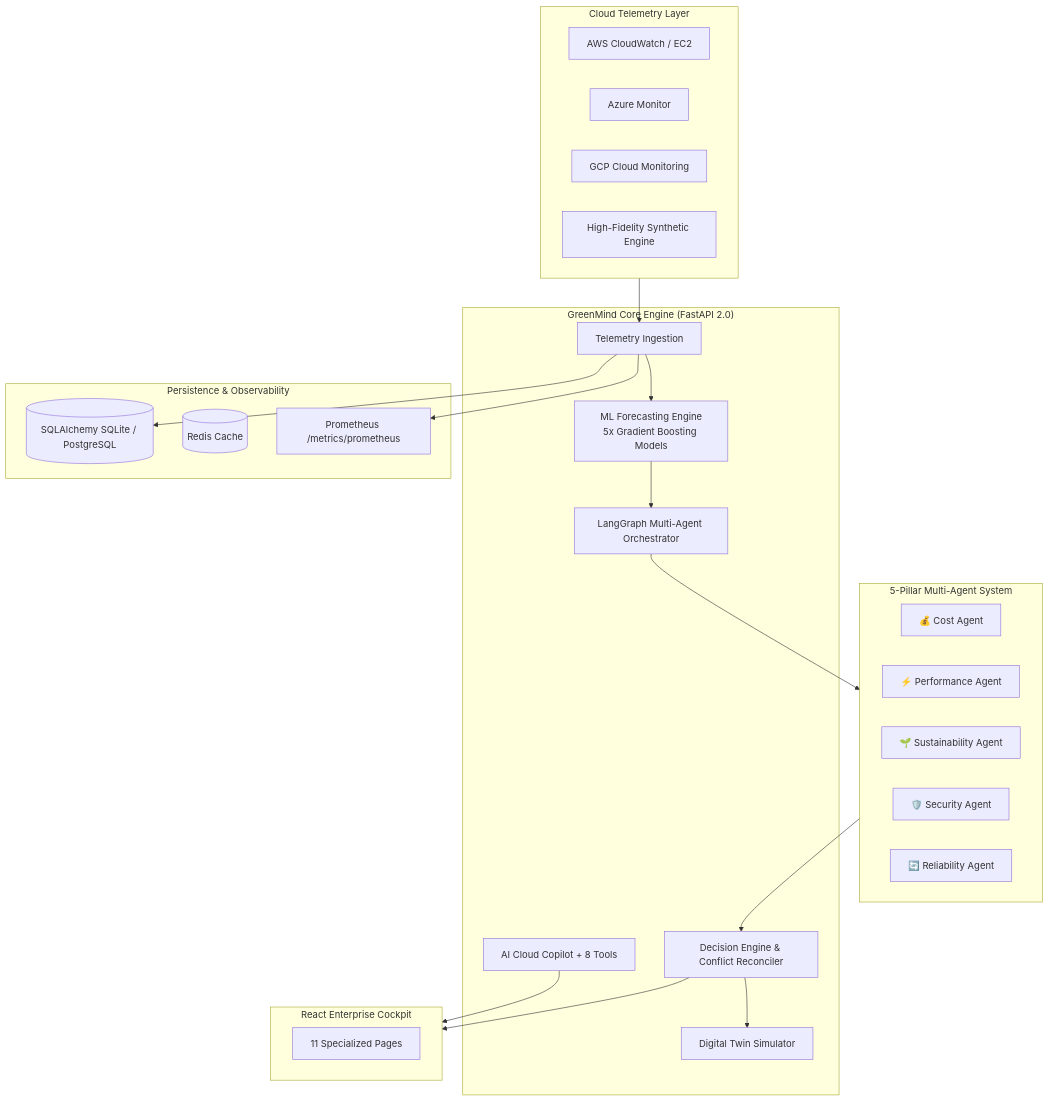
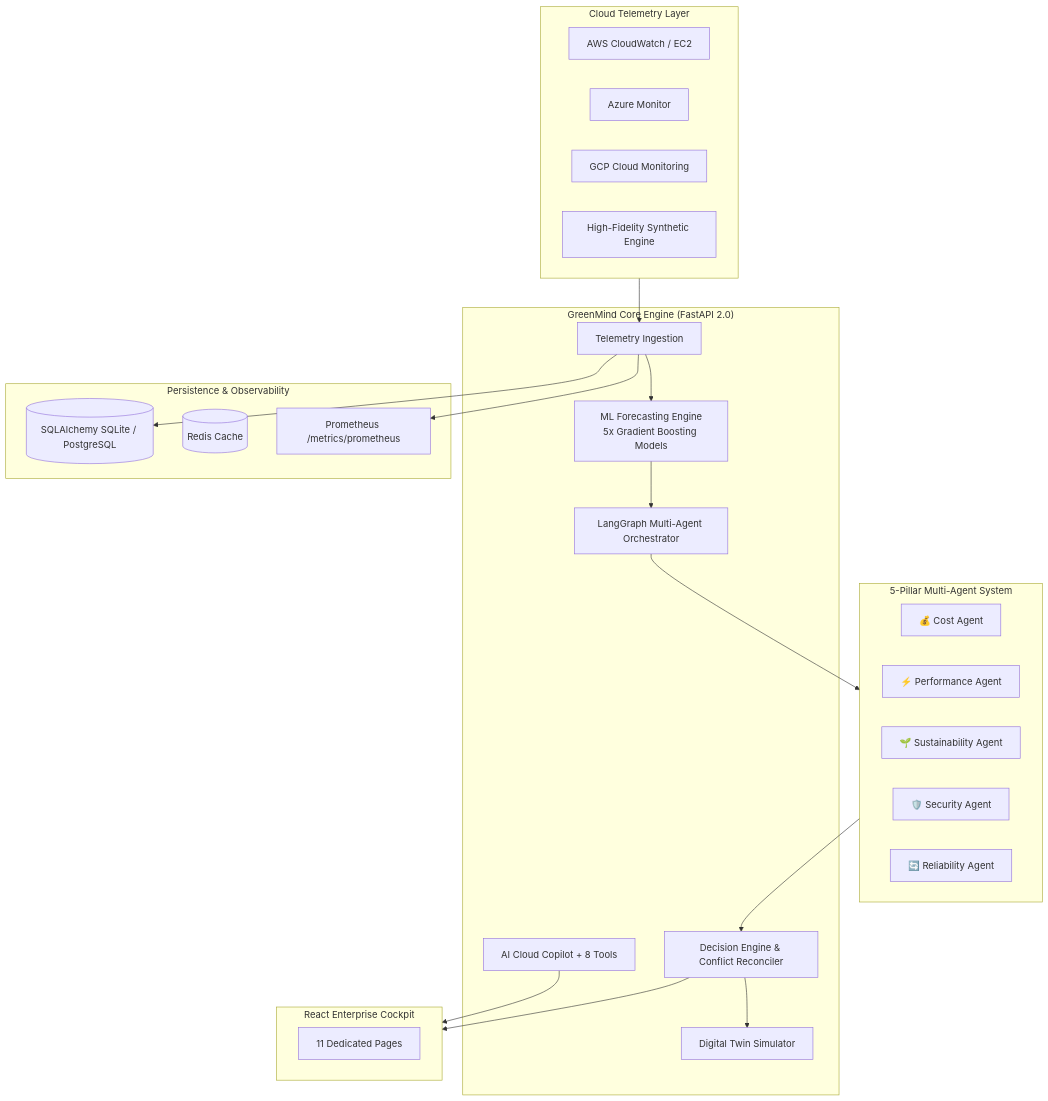
The diagram in README.md (Pratham-stack-coder/GreenMind-AI), drawn with Mermaid before and after one commit. The commit also changed other lines of this file, not shown here.

Commit message:
docs: update README with explicit implementation status, API directory, and architecture matrix

````diff
--- a/README.md
+++ b/README.md
@@ -40,47 +66,47 @@
 ```mermaid
 graph TD
     subgraph Multi_Cloud["Cloud Telemetry Layer"]
         AWS[AWS CloudWatch / EC2]
         AZURE[Azure Monitor]
         GCP[GCP Cloud Monitoring]
         DEMO[High-Fidelity Synthetic Engine]
     end
 
     subgraph Core_Engine["GreenMind Core Engine (FastAPI 2.0)"]
         INGEST[Telemetry Ingestion]
         ML[ML Forecasting Engine<br/>5x Gradient Boosting Models]
         LANGGRAPH[LangGraph Multi-Agent Orchestrator]
         CONFLICT[Decision Engine & Conflict Reconciler]
         DT[Digital Twin Simulator]
         COPILOT[AI Cloud Copilot + 8 Tools]
     end
 
     subgraph Agents["5-Pillar Multi-Agent System"]
         A1[💰 Cost Agent]
         A2[⚡ Performance Agent]
         A3[🌱 Sustainability Agent]
         A4[🛡️ Security Agent]
         A5[🔄 Reliability Agent]
     end
 
     subgraph Persistence_Obs["Persistence & Observability"]
         DB[(SQLAlchemy SQLite / PostgreSQL)]
         REDIS[(Redis Cache)]
         PROM[Prometheus /metrics/prometheus]
     end
 
     subgraph Frontend["React Enterprise Cockpit"]
-        DASH[11 Specialized Pages]
+        DASH[11 Dedicated Pages]
     end
 
     Multi_Cloud --> INGEST
     INGEST --> ML
     INGEST --> DB
     INGEST --> PROM
     ML --> LANGGRAPH
     LANGGRAPH --> Agents
     Agents --> CONFLICT
     CONFLICT --> DT
     CONFLICT --> Frontend
     COPILOT --> Frontend
 ```
````
